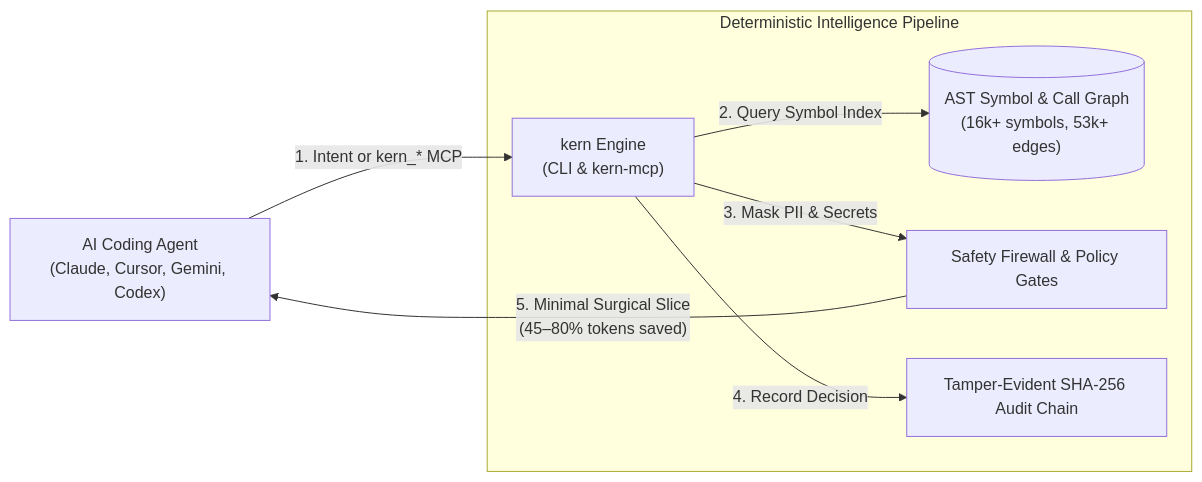
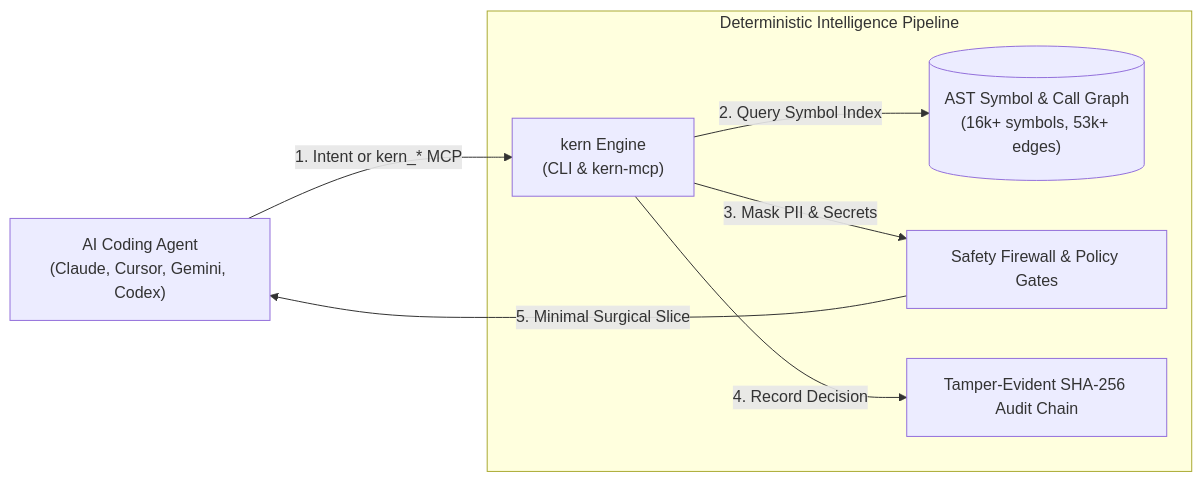
The second of 2 diagrams in README.md (JayveerPrajapati/kern), drawn with Mermaid before and after one commit. The commit also changed other lines of this file and 10 other files, not shown here.

````diff
--- a/README.md
+++ b/README.md
@@ -298,12 +324,12 @@
 ```mermaid
 flowchart LR
     A["AI Coding Agent<br/>(Claude, Cursor, Gemini, Codex)"] -->|"1. Intent or kern_* MCP"| B["kern Engine<br/>(CLI & kern-mcp)"]
     
     subgraph Core_Engine["Deterministic Intelligence Pipeline"]
         B -->|"2. Query Symbol Index"| C[("AST Symbol & Call Graph<br/>(16k+ symbols, 53k+ edges)")]
         B -->|"3. Mask PII & Secrets"| D["Safety Firewall & Policy Gates"]
         B -->|"4. Record Decision"| E["Tamper-Evident SHA-256 Audit Chain"]
     end
     
-    D -->|"5. Minimal Surgical Slice<br/>(45–80% tokens saved)"| A
+    D -->|"5. Minimal Surgical Slice"| A
 ```
````
